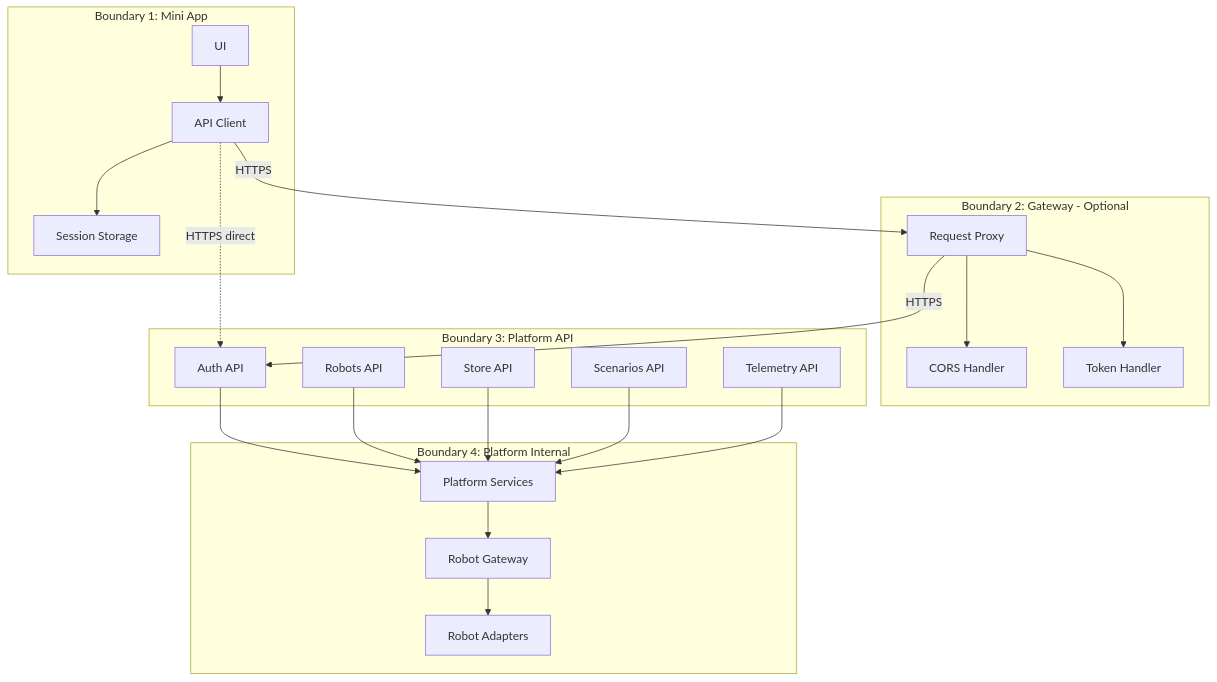
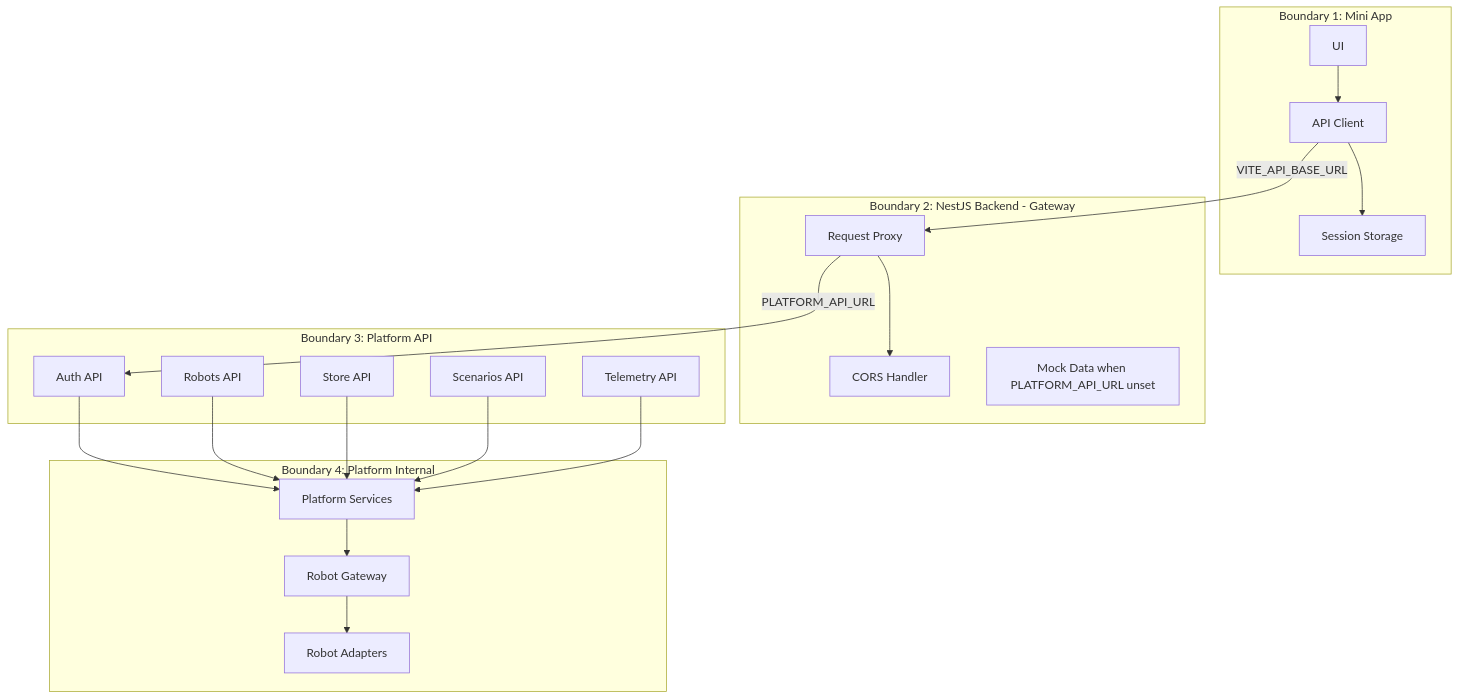
One commit to Saitosar/sai-aurosy-telegram-mini-app changed the first of 5 diagrams in docs/architecture/integration-with-sai-platform.md. Above: the diagram before and after it, drawn with Mermaid. The commit also changed other lines of this file and 45 other files, not shown here.

Commit message:
Update environment configuration, enhance README, and refine backend architecture documentation. Added new dependencies for TON Connect and React Three Fiber, and improved API integration details in various documentation files.

````diff
--- a/docs/architecture/integration-with-sai-platform.md
+++ b/docs/architecture/integration-with-sai-platform.md
@@ -11,43 +13,41 @@
 ```mermaid
 flowchart TB
     subgraph Boundary1 [Boundary 1: Mini App]
         MiniAppUI[UI]
         ApiClient[API Client]
         Session[Session Storage]
     end
 
-    subgraph Boundary2 [Boundary 2: Gateway - Optional]
+    subgraph Boundary2 [Boundary 2: NestJS Backend - Gateway]
         GatewayProxy[Request Proxy]
         CORS[CORS Handler]
-        TokenHandler[Token Handler]
+        MockData[Mock Data when PLATFORM_API_URL unset]
     end
 
     subgraph Boundary3 [Boundary 3: Platform API]
         AuthAPI[Auth API]
         RobotsAPI[Robots API]
         StoreAPI[Store API]
         ScenariosAPI[Scenarios API]
         TelemetryAPI[Telemetry API]
     end
 
     subgraph Boundary4 [Boundary 4: Platform Internal]
         PlatformServices[Platform Services]
         RobotGateway[Robot Gateway]
         RobotAdapters[Robot Adapters]
     end
 
     MiniAppUI --> ApiClient
     ApiClient --> Session
-    ApiClient -->|"HTTPS"| GatewayProxy
-    ApiClient -.->|"HTTPS direct"| AuthAPI
+    ApiClient -->|"VITE_API_BASE_URL"| GatewayProxy
     GatewayProxy --> CORS
-    GatewayProxy --> TokenHandler
-    GatewayProxy -->|"HTTPS"| AuthAPI
+    GatewayProxy -->|"PLATFORM_API_URL"| AuthAPI
     AuthAPI --> PlatformServices
     RobotsAPI --> PlatformServices
     StoreAPI --> PlatformServices
     ScenariosAPI --> PlatformServices
     TelemetryAPI --> PlatformServices
     PlatformServices --> RobotGateway
     RobotGateway --> RobotAdapters
 ```
````
